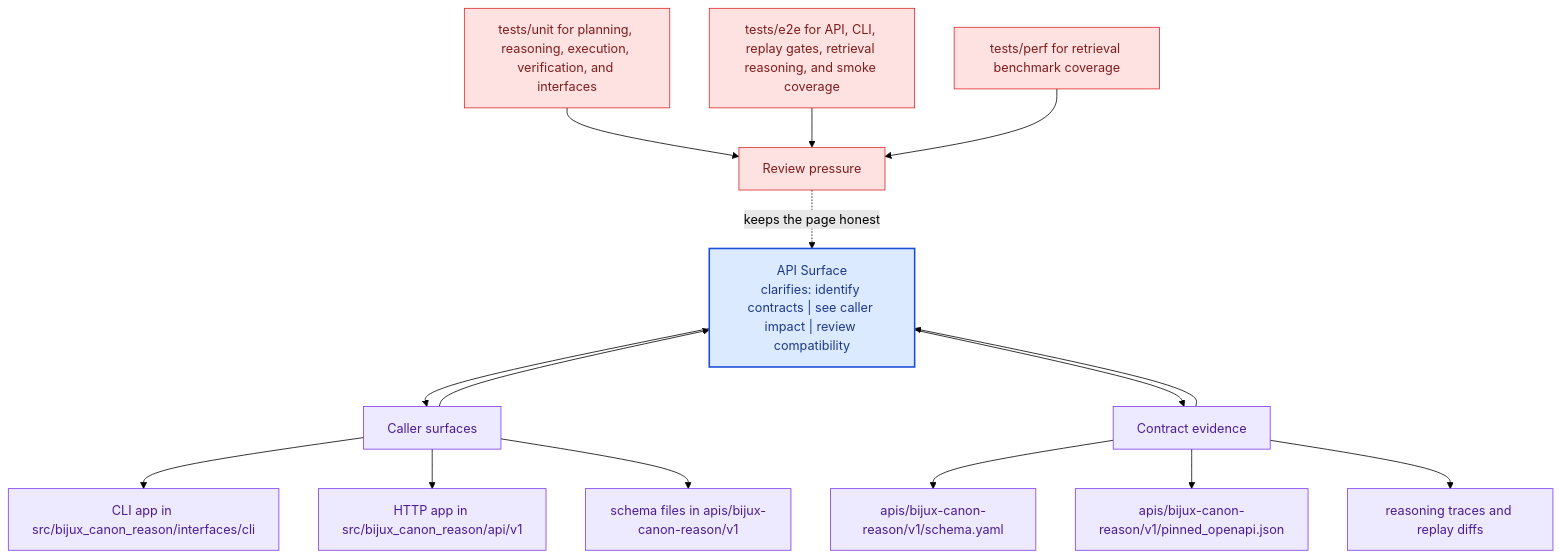
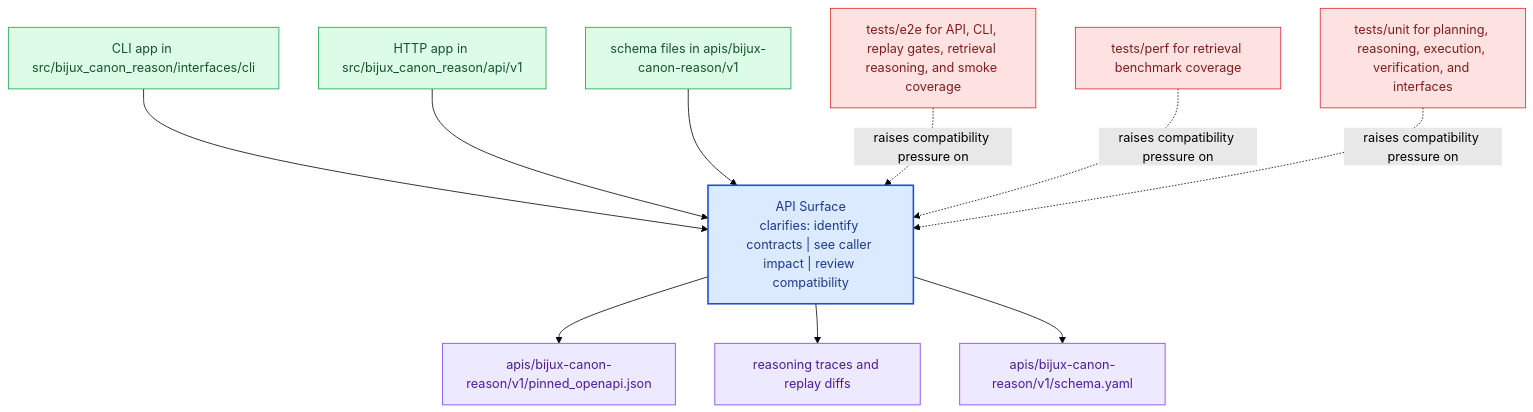
One commit to bijux/bijux-canon changed the diagram in docs/bijux-canon-reason/interfaces/api-surface.md. Above: the diagram before and after it, drawn with Mermaid (forest theme). The commit also changed other lines of this file and 281 other files, not shown here.

Commit message:
docs(diagrams): replace repeated mermaid scaffolds with page-specific summaries

````diff
--- a/docs/bijux-canon-reason/interfaces/api-surface.md
+++ b/docs/bijux-canon-reason/interfaces/api-surface.md
@@ -68,41 +23,31 @@
 ```mermaid
 flowchart TB
-    promise["API Surface<br/>clarifies: identify contracts | see caller impact | review compatibility"]
-    classDef promise fill:#dbeafe,stroke:#1d4ed8,color:#1e3a8a,stroke-width:2px;
-    classDef driver fill:#dcfce7,stroke:#16a34a,color:#14532d;
-    classDef constraint fill:#fee2e2,stroke:#dc2626,color:#7f1d1d;
-    classDef ground fill:#ede9fe,stroke:#7c3aed,color:#4c1d95;
-    focus1["Caller surfaces"]
-    focus1 --> promise
-    promise --> focus1
-    focus1_1["CLI app in src/bijux_canon_reason/interfaces/cli"]
-    focus1 --> focus1_1
-    focus1_2["HTTP app in src/bijux_canon_reason/api/v1"]
-    focus1 --> focus1_2
-    focus1_3["schema files in apis/bijux-canon-reason/v1"]
-    focus1 --> focus1_3
-    class focus1 ground;
-    class focus1_1,focus1_2,focus1_3 ground;
-    focus2["Contract evidence"]
-    focus2 --> promise
-    promise --> focus2
-    focus2_1["apis/bijux-canon-reason/v1/schema.yaml"]
-    focus2 --> focus2_1
-    focus2_2["apis/bijux-canon-reason/v1/pinned_openapi.json"]
-    focus2 --> focus2_2
-    focus2_3["reasoning traces and replay diffs"]
-    focus2 --> focus2_3
-    class focus2 ground;
-    class focus2_1,focus2_2,focus2_3 ground;
-    focus3["Review pressure"]
-    focus3 -.keeps the page honest.-> promise
-    focus3_1["tests/unit for planning, reasoning, execution, verification, and interfaces"]
-    focus3_1 --> focus3
-    focus3_2["tests/e2e for API, CLI, replay gates, retrieval reasoning, and smoke coverage"]
-    focus3_2 --> focus3
-    focus3_3["tests/perf for retrieval benchmark coverage"]
-    focus3_3 --> focus3
-    class focus3 constraint;
-    class focus3_1,focus3_2,focus3_3 constraint;
-    class promise promise;
+    page["API Surface<br/>clarifies: identify contracts | see caller impact | review compatibility"]
+    classDef page fill:#dbeafe,stroke:#1d4ed8,color:#1e3a8a,stroke-width:2px;
+    classDef positive fill:#dcfce7,stroke:#16a34a,color:#14532d;
+    classDef caution fill:#fee2e2,stroke:#dc2626,color:#7f1d1d;
+    classDef anchor fill:#ede9fe,stroke:#7c3aed,color:#4c1d95;
+    classDef action fill:#fef3c7,stroke:#d97706,color:#7c2d12;
+    surface1["CLI app in src/bijux_canon_reason/interfaces/cli"]
+    surface1 --> page
+    surface2["HTTP app in src/bijux_canon_reason/api/v1"]
+    surface2 --> page
+    surface3["schema files in apis/bijux-canon-reason/v1"]
+    surface3 --> page
+    proof1["apis/bijux-canon-reason/v1/pinned_openapi.json"]
+    page --> proof1
+    proof2["reasoning traces and replay diffs"]
+    page --> proof2
+    proof3["apis/bijux-canon-reason/v1/schema.yaml"]
+    page --> proof3
+    review1["tests/e2e for API, CLI, replay gates, retrieval reasoning, and smoke coverage"]
+    review1 -.raises compatibility pressure on.-> page
+    review2["tests/perf for retrieval benchmark coverage"]
+    review2 -.raises compatibility pressure on.-> page
+    review3["tests/unit for planning, reasoning, execution, verification, and interfaces"]
+    review3 -.raises compatibility pressure on.-> page
+    class page page;
+    class surface1,surface2,surface3 positive;
+    class proof1,proof2,proof3 anchor;
+    class review1,review2,review3 caution;
 ```
````
